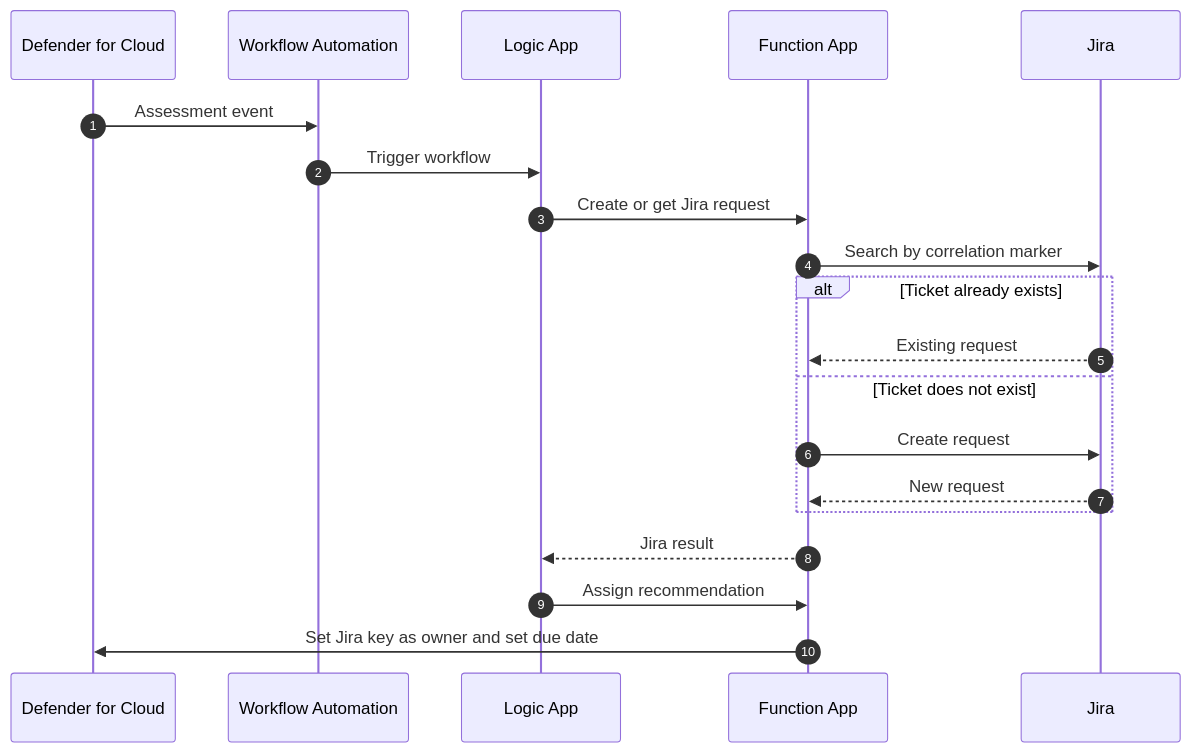
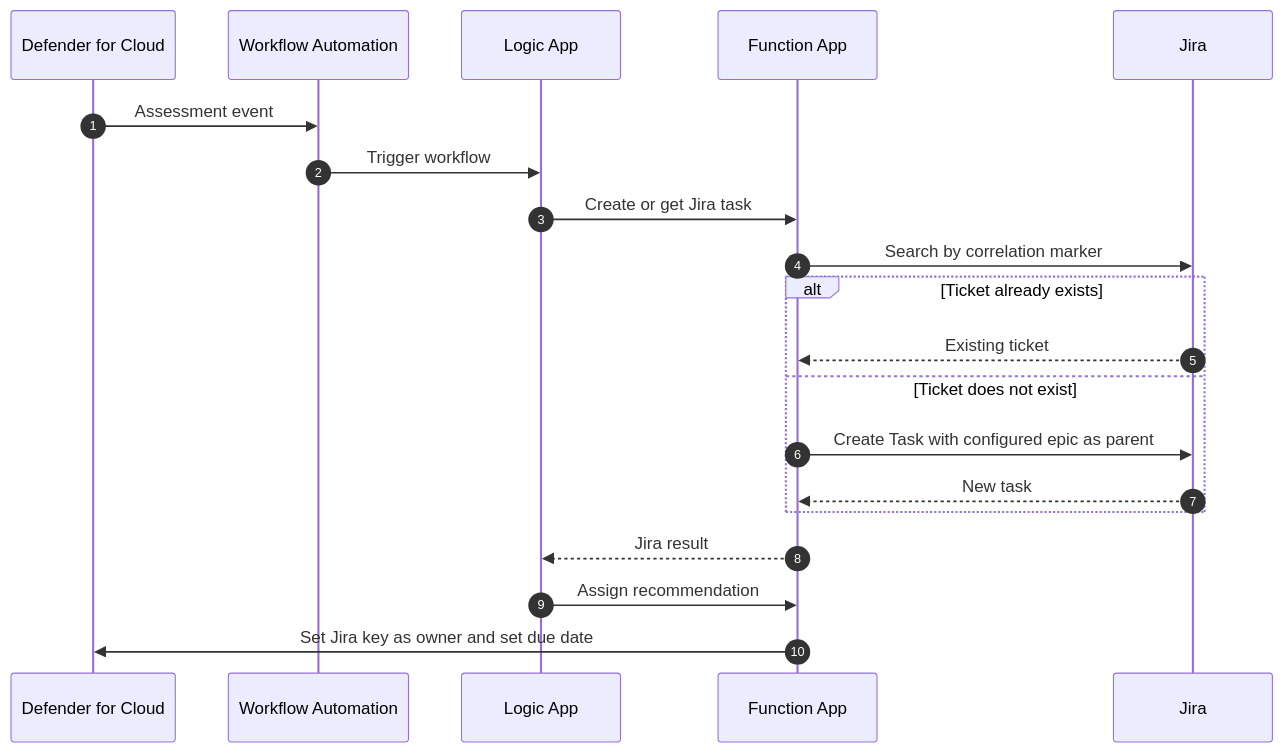
One commit to igorjnzl/mdfcToJira changed the diagram in README.md. Above: the diagram before and after it, drawn with Mermaid. The commit also changed other lines of this file and 13 other files, not shown here.

First line of the commit message:
Create Jira tasks under a configurable epic

````diff
--- a/README.md
+++ b/README.md
@@ -15,23 +15,23 @@
 ```mermaid
 sequenceDiagram
 	autonumber
 	participant D as Defender for Cloud
 	participant A as Workflow Automation
 	participant L as Logic App
 	participant F as Function App
 	participant J as Jira
 
 	D->>A: Assessment event
 	A->>L: Trigger workflow
-	L->>F: Create or get Jira request
+	L->>F: Create or get Jira task
 	F->>J: Search by correlation marker
 	alt Ticket already exists
-		J-->>F: Existing request
+		J-->>F: Existing ticket
 	else Ticket does not exist
-		F->>J: Create request
-		J-->>F: New request
+		F->>J: Create Task with configured epic as parent
+		J-->>F: New task
 	end
 	F-->>L: Jira result
 	L->>F: Assign recommendation
 	F->>D: Set Jira key as owner and set due date
 ```
````
